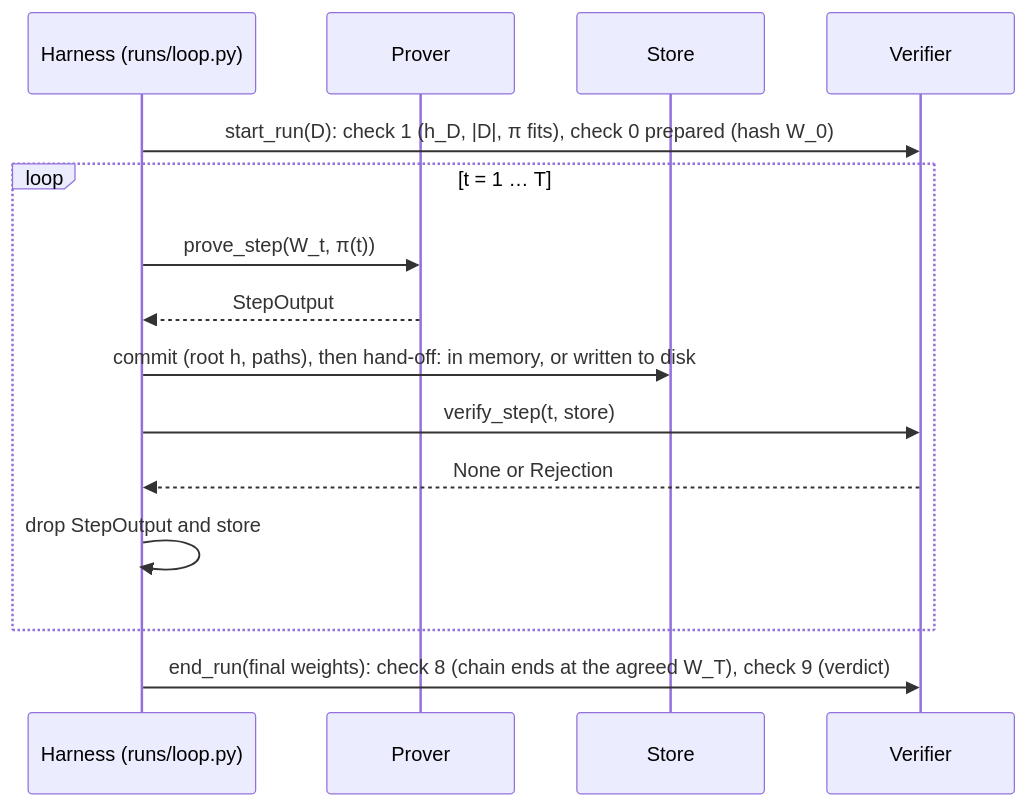
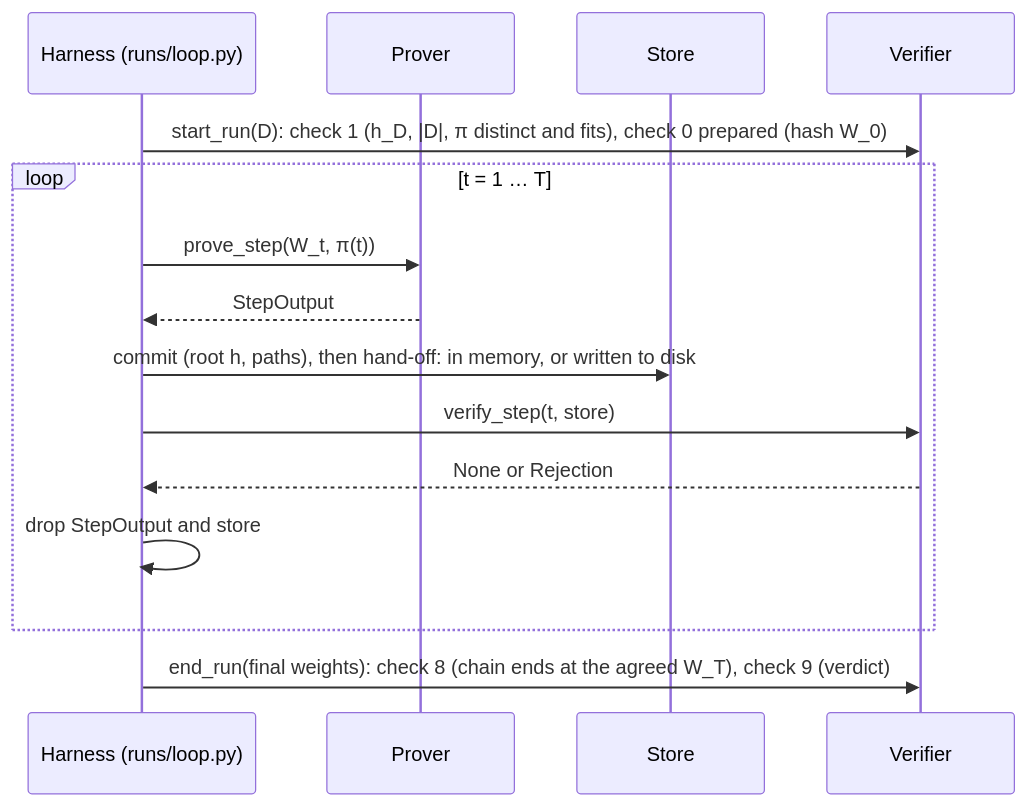
One commit to pacifai/pots-2.0 changed the third of 3 diagrams in verification/README.md. Above: the diagram before and after it, drawn with Mermaid. The commit also changed other lines of this file and 12 other files, not shown here.

````diff
--- a/verification/README.md
+++ b/verification/README.md
@@ -413,17 +421,17 @@
 ```mermaid
 sequenceDiagram
     participant H as Harness (runs/loop.py)
     participant P as Prover
     participant S as Store
     participant V as Verifier
-    H->>V: start_run(D): check 1 (h_D, |D|, π fits), check 0 prepared (hash W_0)
+    H->>V: start_run(D): check 1 (h_D, |D|, π distinct and fits), check 0 prepared (hash W_0)
     loop t = 1 … T
         H->>P: prove_step(W_t, π(t))
         P-->>H: StepOutput
         H->>S: commit (root h, paths), then hand-off: in memory, or written to disk
         H->>V: verify_step(t, store)
         V-->>H: None or Rejection
         H->>H: drop StepOutput and store
     end
     H->>V: end_run(final weights): check 8 (chain ends at the agreed W_T), check 9 (verdict)
 ```
````
